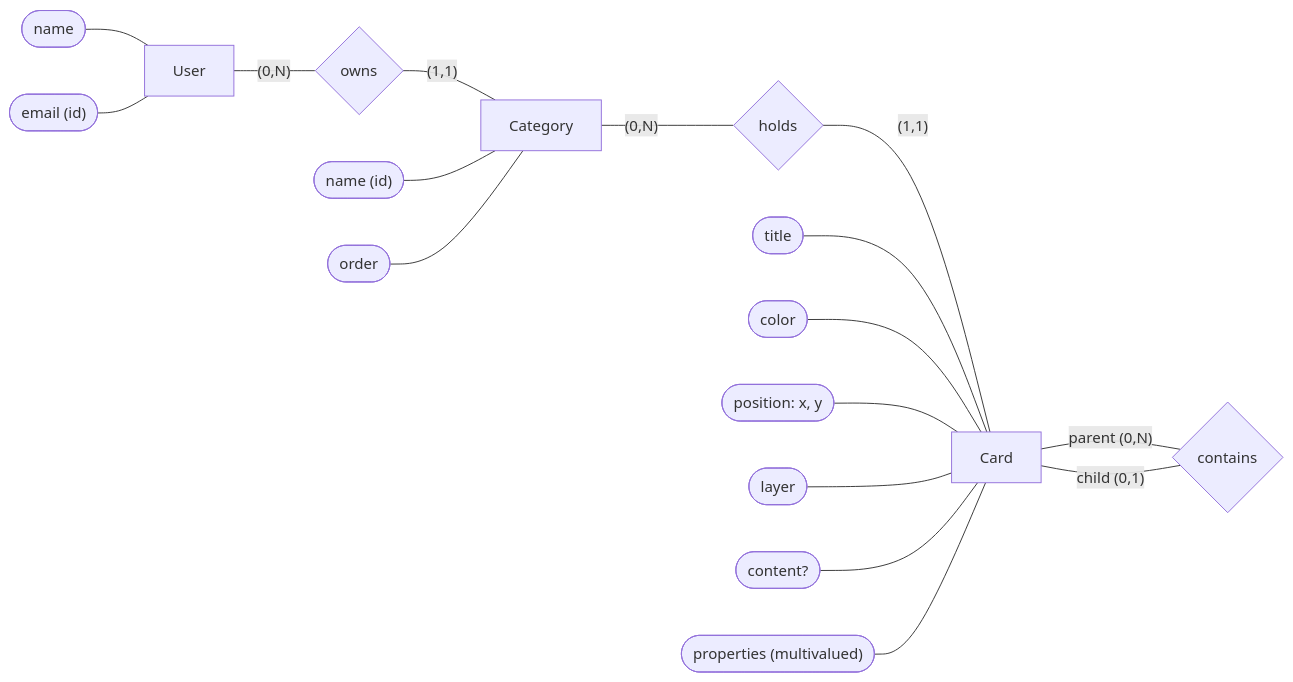
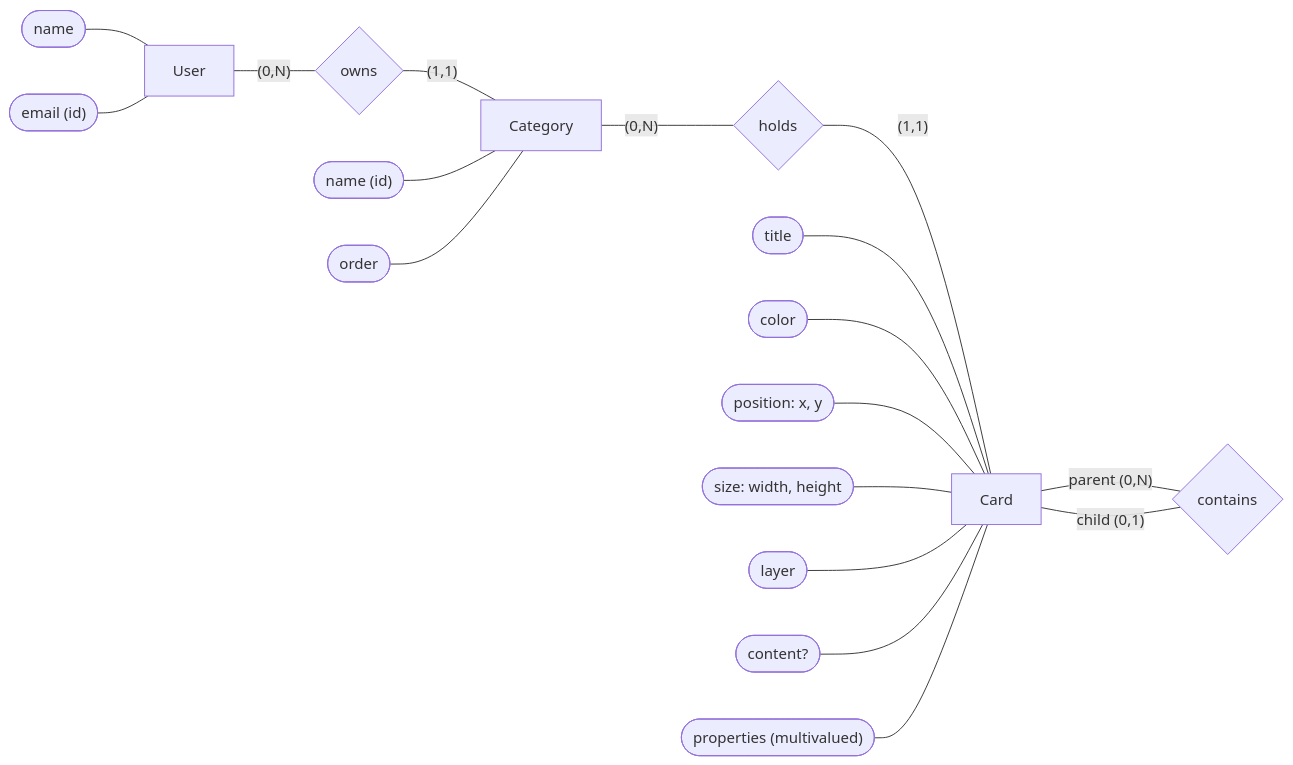
One commit to briel0/planner changed the diagram in docs/data-modeling/02-conceptual-model.md. Above: the diagram before and after it, drawn with Mermaid. The commit also changed other lines of this file and 22 other files, not shown here.

````diff
--- a/docs/data-modeling/02-conceptual-model.md
+++ b/docs/data-modeling/02-conceptual-model.md
@@ -41,26 +41,27 @@
 ```mermaid
 flowchart LR
     U[User]
     C[Category]
     K[Card]
 
     R1{owns}
     R2{holds}
     R3{contains}
 
     U ---|"(0,N)"| R1 ---|"(1,1)"| C
     C ---|"(0,N)"| R2 ---|"(1,1)"| K
     K ---|"parent (0,N)"| R3
     R3 ---|"child (0,1)"| K
 
     u1(["name"]) --- U
     u2(["email (id)"]) --- U
     c1(["name (id)"]) --- C
     c2(["order"]) --- C
     k1(["title"]) --- K
     k2(["color"]) --- K
     k3(["position: x, y"]) --- K
+    k7(["size: width, height"]) --- K
     k4(["layer"]) --- K
     k5(["content?"]) --- K
     k6(["properties (multivalued)"]) --- K
 ```
````
